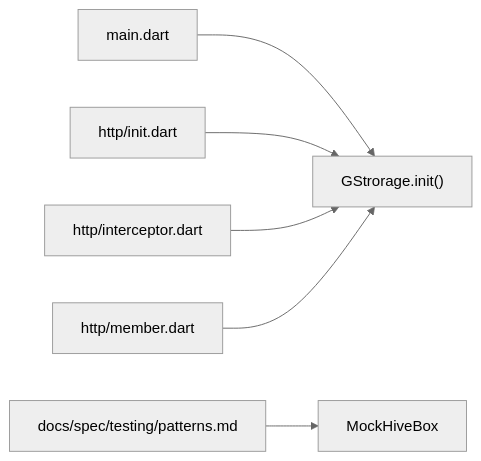
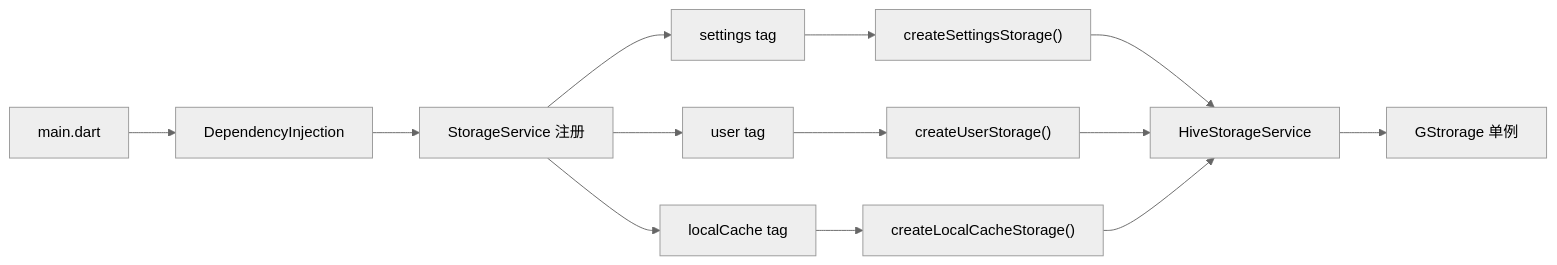
Before and after one commit to justLXX/pilipala: the fourth of 4 diagrams in .qoder/repowiki/zh/content/架构设计/存储系统.md, drawn with Mermaid (neutral theme). The commit also changed other lines of this file and 194 other files, not shown here.

````diff
--- a/.qoder/repowiki/zh/content/架构设计/存储系统.md
+++ b/.qoder/repowiki/zh/content/架构设计/存储系统.md
@@ -277,8 +288,15 @@
 ```mermaid
 graph LR
-Main["main.dart"] --> Gs["GStrorage.init()"]
-HttpInit["http/init.dart"] --> Gs
-Interceptor["http/interceptor.dart"] --> Gs
-Member["http/member.dart"] --> Gs
-Patterns["docs/spec/testing/patterns.md"] --> Test["MockHiveBox"]
+Main["main.dart"] --> DI["DependencyInjection"]
+DI --> StorageDI["StorageService 注册"]
+StorageDI --> SettingsDI["settings tag"]
+StorageDI --> UserDI["user tag"]
+StorageDI --> LocalCacheDI["localCache tag"]
+SettingsDI --> SettingsFactory["createSettingsStorage()"]
+UserDI --> UserFactory["createUserStorage()"]
+LocalCacheDI --> LocalCacheFactory["createLocalCacheStorage()"]
+SettingsFactory --> HiveImpl["HiveStorageService"]
+UserFactory --> HiveImpl
+LocalCacheFactory --> HiveImpl
+HiveImpl --> GStrorage["GStrorage 单例"]
 ```
````
